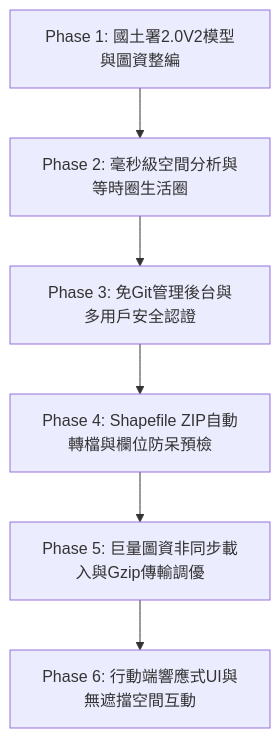
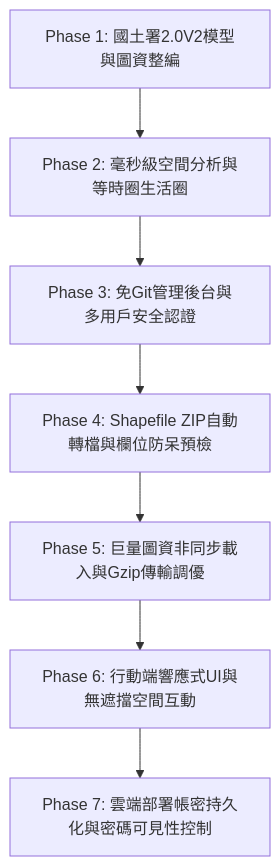
One commit to YTCheng0507/HCTWebGISdemo changed the first of 3 diagrams in docs/PLATFORM_BUILD_GUIDE.md. Above: the diagram before and after it, drawn with Mermaid. The commit also changed other lines of this file and 8 other files, not shown here.

````diff
--- a/docs/PLATFORM_BUILD_GUIDE.md
+++ b/docs/PLATFORM_BUILD_GUIDE.md
@@ -22,8 +22,9 @@
 ```mermaid
 flowchart TD
     A[Phase 1: 國土署2.0V2模型與圖資整編] --> B[Phase 2: 毫秒級空間分析與等時圈生活圈]
     B --> C[Phase 3: 免Git管理後台與多用戶安全認證]
     C --> D[Phase 4: Shapefile ZIP自動轉檔與欄位防呆預檢]
     D --> E[Phase 5: 巨量圖資非同步載入與Gzip傳輸調優]
     E --> F[Phase 6: 行動端響應式UI與無遮擋空間互動]
+    F --> G[Phase 7: 雲端部署帳密持久化與密碼可見性控制]
 ```
````
